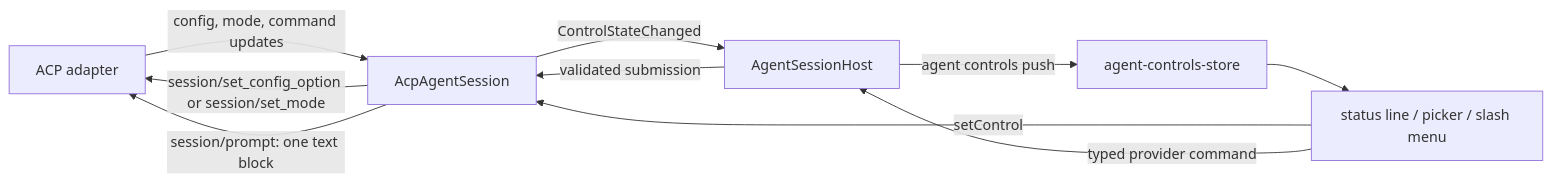
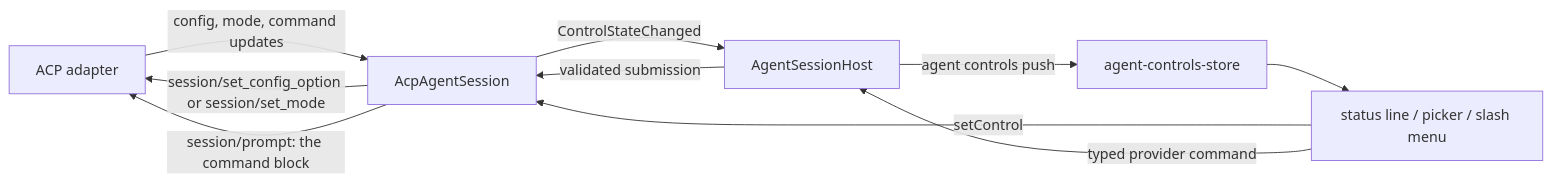
One commit to Kapps/weavie changed the diagram in docs/specs/native-acp-composer-controls.md. Above: the diagram before and after it, drawn with Mermaid. The commit also changed other lines of this file and 8 other files, not shown here.

````diff
--- a/docs/specs/native-acp-composer-controls.md
+++ b/docs/specs/native-acp-composer-controls.md
@@ -38,13 +38,13 @@
 ```mermaid
 flowchart LR
   ACP[ACP adapter] -->|config, mode, command updates| Client[AcpAgentSession]
   Client -->|ControlStateChanged| Host[AgentSessionHost]
   Host -->|agent controls push| Store[agent-controls-store]
   Store --> UI[status line / picker / slash menu]
   UI -->|setControl| Client
   Client -->|session/set_config_option or session/set_mode| ACP
 
   UI -->|typed provider command| Host
   Host -->|validated submission| Client
-  Client -->|session/prompt: one text block| ACP
+  Client -->|session/prompt: the command block| ACP
 ```
````
